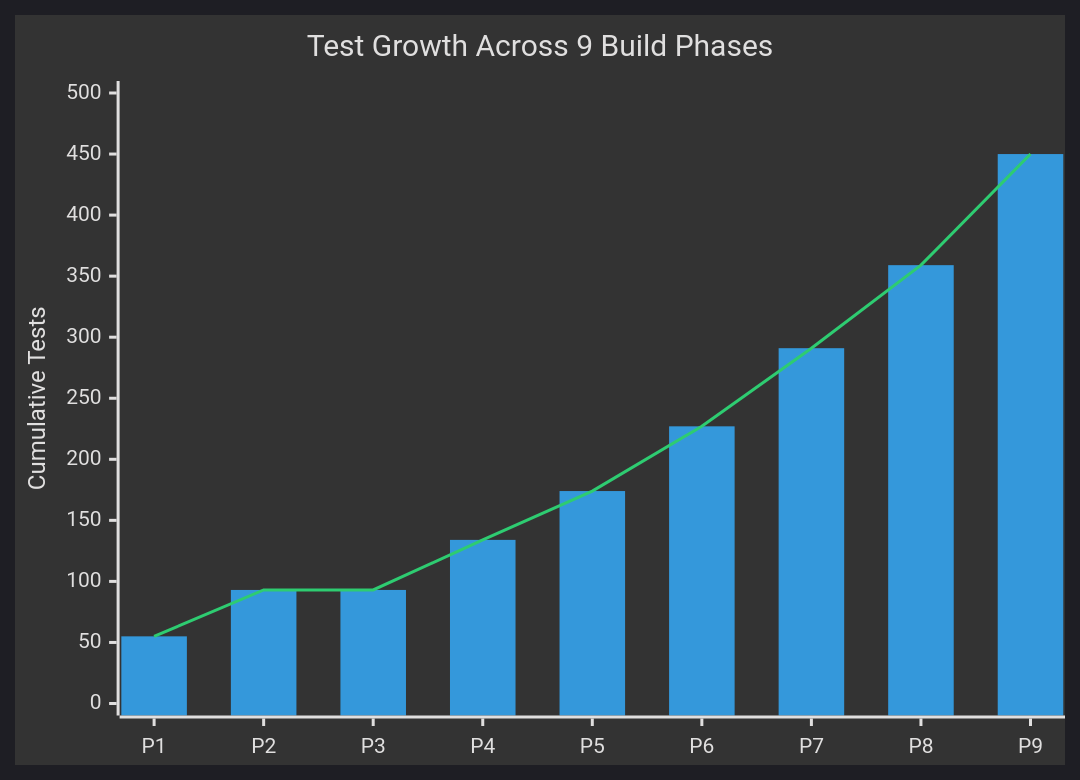
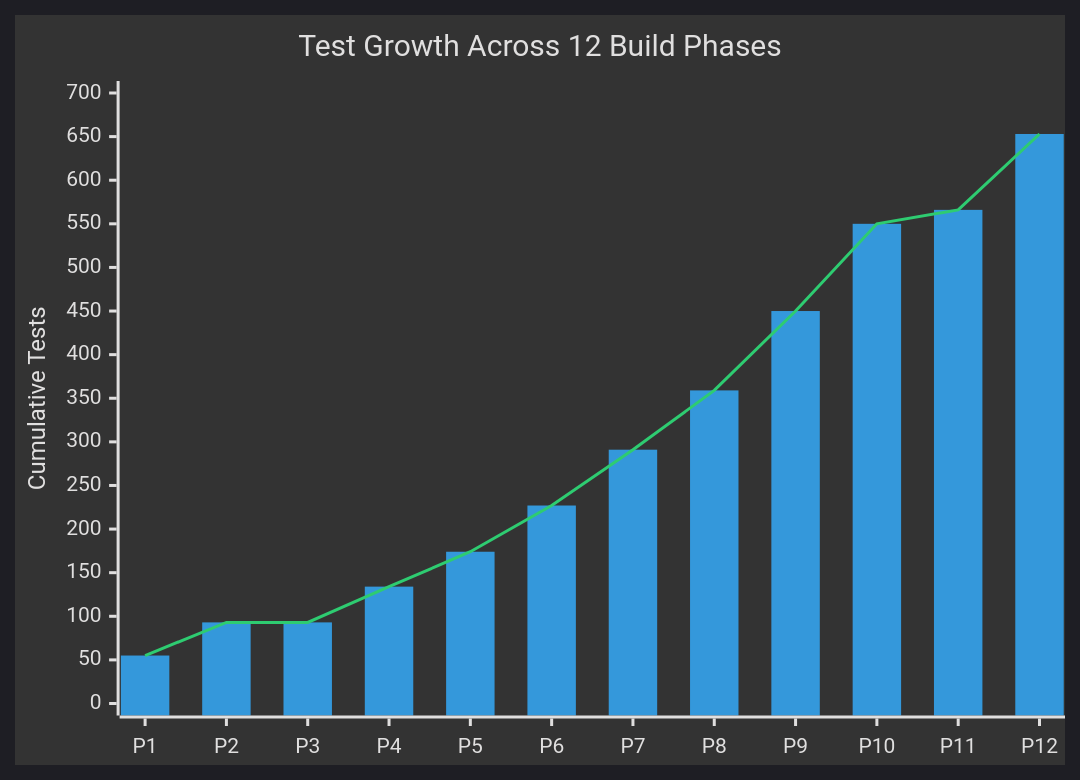
Before and after one commit to unykornai/optkas-bank-vi: the sixth of 10 diagrams in README.md, drawn with Mermaid. The commit also changed other lines of this file, not shown here.

Commit message:
README: Full update through Phase 12  653 tests, 43 commands, 40 modules, 0 RED gates, briefing pack instructions for funding group

````diff
--- a/README.md
+++ b/README.md
@@ -465,9 +635,9 @@
 ```mermaid
 %%{init: {'theme': 'dark'}}%%
 xychart-beta
-    title "Test Growth Across 9 Build Phases"
-    x-axis ["P1", "P2", "P3", "P4", "P5", "P6", "P7", "P8", "P9"]
-    y-axis "Cumulative Tests" 0 --> 500
-    bar [55, 93, 93, 134, 174, 227, 291, 359, 450]
-    line [55, 93, 93, 134, 174, 227, 291, 359, 450]
+    title "Test Growth Across 12 Build Phases"
+    x-axis ["P1", "P2", "P3", "P4", "P5", "P6", "P7", "P8", "P9", "P10", "P11", "P12"]
+    y-axis "Cumulative Tests" 0 --> 700
+    bar [55, 93, 93, 134, 174, 227, 291, 359, 450, 550, 566, 653]
+    line [55, 93, 93, 134, 174, 227, 291, 359, 450, 550, 566, 653]
 ```
````
